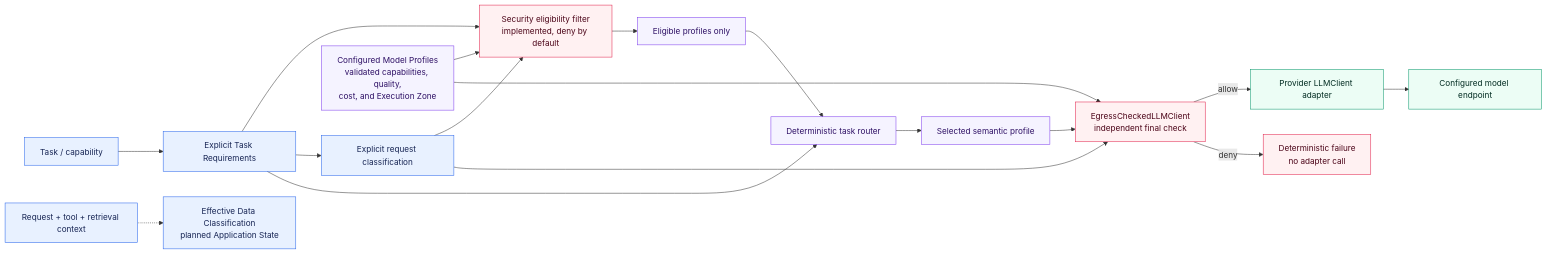
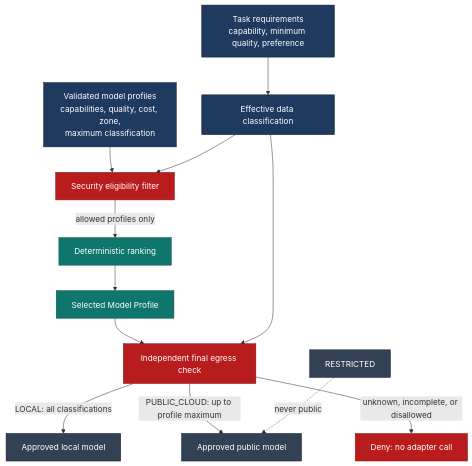
One commit to aboerzel/industrial-ai-agent changed diagram 15 of 19 in docs/architecture/overview.md. Above: the diagram before and after it, drawn with Mermaid. The commit also changed other lines of this file and 7 other files, not shown here.

Commit message:
docs: polish release documentation and architecture

````diff
--- a/docs/architecture/overview.md
+++ b/docs/architecture/overview.md
@@ -798,28 +903,23 @@
 ```mermaid
-flowchart LR
-    Task["Task / capability"] --> Requirements["Explicit Task Requirements"]
-    Context["Request + tool + retrieval context"] -.-> Classification["Effective Data Classification<br/>planned Application State"]
-    Requirements --> Eligibility["Security eligibility filter<br/>implemented, deny by default"]
-    Requirements --> ExplicitClass["Explicit request classification"]
-    ExplicitClass --> Eligibility
-    Profiles["Configured Model Profiles<br/>validated capabilities, quality,<br/>cost, and Execution Zone"] --> Eligibility
-    Eligibility --> Eligible["Eligible profiles only"]
-    Eligible --> Router["Deterministic task router"]
-    Requirements --> Router
-    Router --> Selected["Selected semantic profile"]
-    Selected --> FinalCheck["EgressCheckedLLMClient<br/>independent final check"]
-    Profiles --> FinalCheck
-    ExplicitClass --> FinalCheck
-    FinalCheck -->|"allow"| Client["Provider LLMClient adapter"]
-    FinalCheck -->|"deny"| Failure["Deterministic failure<br/>no adapter call"]
-    Client --> Endpoint["Configured model endpoint"]
+flowchart TD
+    Requirements["Task requirements<br/>capability, minimum quality, preference"] --> Class["Effective data classification"]
+    Profiles["Validated model profiles<br/>capabilities, quality, cost, zone,<br/>maximum classification"] --> Eligible["Security eligibility filter"]
+    Class --> Eligible
+    Eligible -->|"allowed profiles only"| Rank["Deterministic ranking"]
+    Rank --> Selected["Selected Model Profile"]
+    Selected --> Egress["Independent final egress check"]
+    Class --> Egress
+    Egress -->|"LOCAL: all classifications"| Local["Approved local model"]
+    Egress -->|"PUBLIC_CLOUD: up to profile maximum"| Public["Approved public model"]
+    Egress -->|"unknown, incomplete, or disallowed"| Deny["Deny: no adapter call"]
+    Restricted["RESTRICTED"] -.->|"never public"| Public
 
-    classDef core fill:#e8f1ff,stroke:#2563eb,color:#172554
-    classDef security fill:#fff1f2,stroke:#e11d48,color:#4c0519
-    classDef routing fill:#f5f3ff,stroke:#7c3aed,color:#2e1065
-    classDef adapter fill:#ecfdf5,stroke:#059669,color:#022c22
-    class Task,Requirements,Context,Classification,ExplicitClass core
-    class Eligibility,FinalCheck,Failure security
-    class Profiles,Eligible,Router,Selected routing
-    class Client,Endpoint adapter
+    classDef input fill:#1e3a5f,stroke:#0f172a,color:#ffffff
+    classDef security fill:#b91c1c,stroke:#7f1d1d,color:#ffffff
+    classDef routing fill:#0f766e,stroke:#134e4a,color:#ffffff
+    classDef execution fill:#334155,stroke:#0f172a,color:#ffffff
+    class Requirements,Class,Profiles input
+    class Eligible,Egress,Deny security
+    class Rank,Selected routing
+    class Local,Public,Restricted execution
 ```
````
